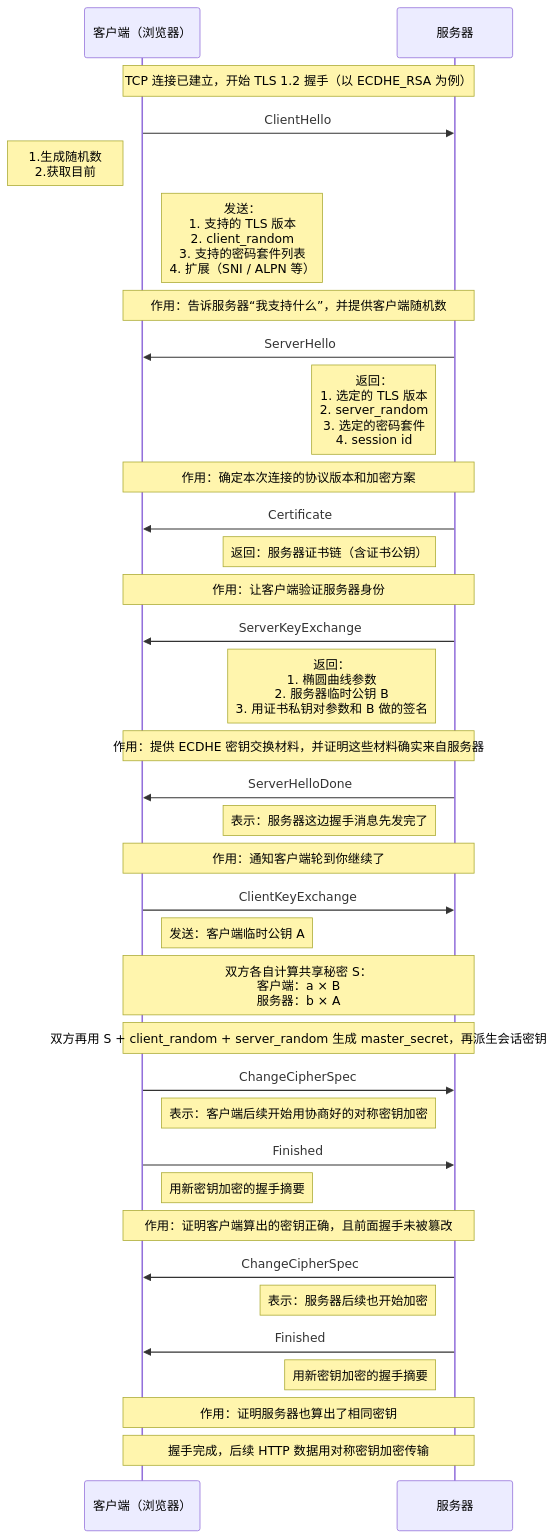
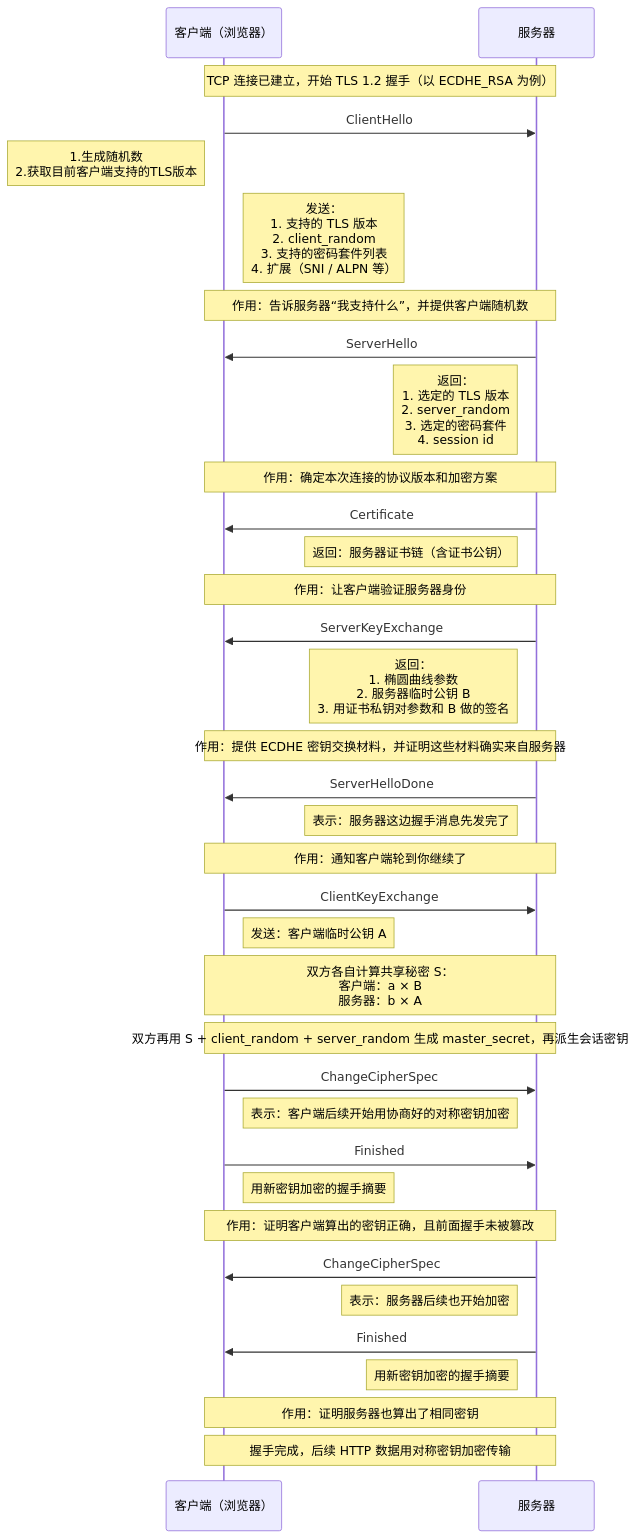
One commit to HY-10-8/iodraw-files changed the diagram in all/TLS-1.2-ECDHA.md. Above: the diagram before and after it, drawn with Mermaid.

Commit message:
2026-03-30 16:46:30 update

````diff
--- a/all/TLS-1.2-ECDHA.md
+++ b/all/TLS-1.2-ECDHA.md
@@ -1,50 +1,50 @@
 ```mermaid
 sequenceDiagram
     participant C as 客户端（浏览器）
     participant S as 服务器
 
     Note over C,S: TCP 连接已建立，开始 TLS 1.2 握手（以 ECDHE_RSA 为例）
 
     C->>S: ClientHello
-    Note left of C: 1.生成随机数<br/> 2.获取目前
+    Note left of C: 1.生成随机数<br/> 2.获取目前客户端支持的TLS版本 
     Note right of C: 发送：<br/>1. 支持的 TLS 版本<br/>2. client_random<br/>3. 支持的密码套件列表<br/>4. 扩展（SNI / ALPN 等）
     Note over C,S: 作用：告诉服务器“我支持什么”，并提供客户端随机数
 
     S->>C: ServerHello
     Note left of S: 返回：<br/>1. 选定的 TLS 版本<br/>2. server_random<br/>3. 选定的密码套件<br/>4. session id
     Note over C,S: 作用：确定本次连接的协议版本和加密方案
 
     S->>C: Certificate
     Note left of S: 返回：服务器证书链（含证书公钥）
     Note over C,S: 作用：让客户端验证服务器身份
 
     S->>C: ServerKeyExchange
     Note left of S: 返回：<br/>1. 椭圆曲线参数<br/>2. 服务器临时公钥 B<br/>3. 用证书私钥对参数和 B 做的签名
     Note over C,S: 作用：提供 ECDHE 密钥交换材料，并证明这些材料确实来自服务器
 
     S->>C: ServerHelloDone
     Note left of S: 表示：服务器这边握手消息先发完了
     Note over C,S: 作用：通知客户端轮到你继续了
 
     C->>S: ClientKeyExchange
     Note right of C: 发送：客户端临时公钥 A
     Note over C,S: 双方各自计算共享秘密 S：<br/>客户端：a × B<br/>服务器：b × A
 
     Note over C,S: 双方再用 S + client_random + server_random 生成 master_secret，再派生会话密钥
 
     C->>S: ChangeCipherSpec
     Note right of C: 表示：客户端后续开始用协商好的对称密钥加密
 
     C->>S: Finished
     Note right of C: 用新密钥加密的握手摘要
     Note over C,S: 作用：证明客户端算出的密钥正确，且前面握手未被篡改
 
     S->>C: ChangeCipherSpec
     Note left of S: 表示：服务器后续也开始加密
 
     S->>C: Finished
     Note left of S: 用新密钥加密的握手摘要
     Note over C,S: 作用：证明服务器也算出了相同密钥
 
     Note over C,S: 握手完成，后续 HTTP 数据用对称密钥加密传输
 ```
````
